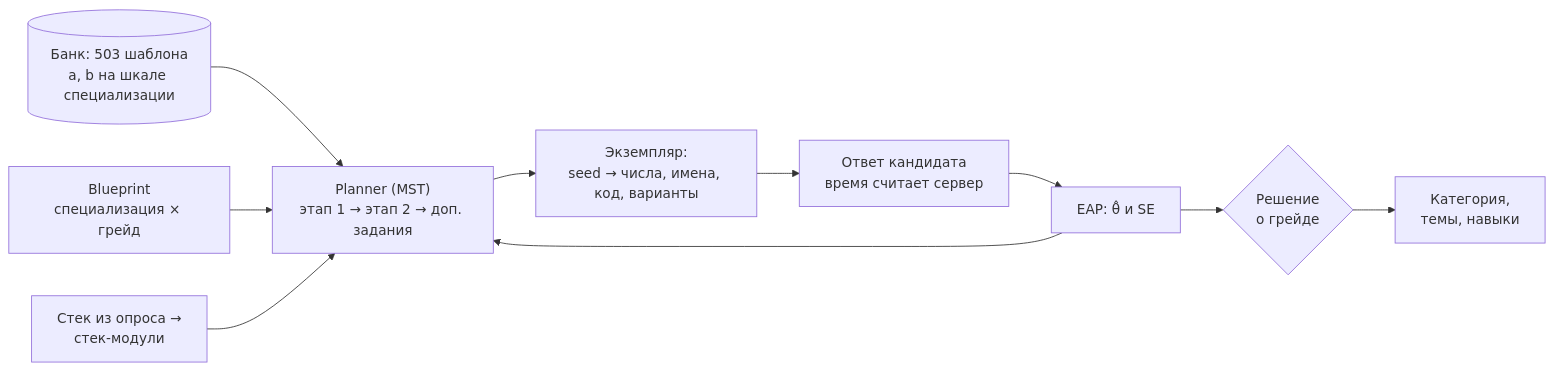
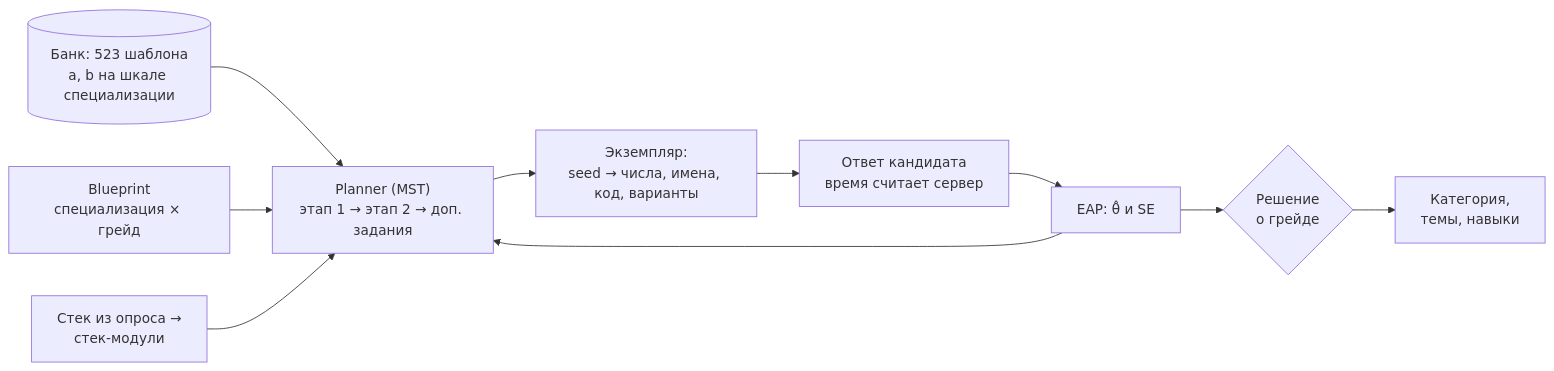
The diagram in docs/testing.md (bojlahg/FSP_ITVacancyAggregator), drawn with Mermaid before and after one commit. The commit also changed other lines of this file and 20 other files, not shown here.

````diff
--- a/docs/testing.md
+++ b/docs/testing.md
@@ -14,12 +14,12 @@
 ```mermaid
 flowchart LR
-  bank[("Банк: 503 шаблона<br/>a, b на шкале специализации")] --> plan
+  bank[("Банк: 523 шаблона<br/>a, b на шкале специализации")] --> plan
   bp["Blueprint<br/>специализация × грейд"] --> plan
   stack["Стек из опроса →<br/>стек-модули"] --> plan
   plan["Planner (MST)<br/>этап 1 → этап 2 → доп. задания"] --> inst["Экземпляр:<br/>seed → числа, имена, код, варианты"]
   inst --> ans["Ответ кандидата<br/>время считает сервер"]
   ans --> eap["EAP: θ̂ и SE"]
   eap --> plan
   eap --> dec{"Решение<br/>о грейде"}
   dec --> cat["Категория,<br/>темы, навыки"]
 ```
````
